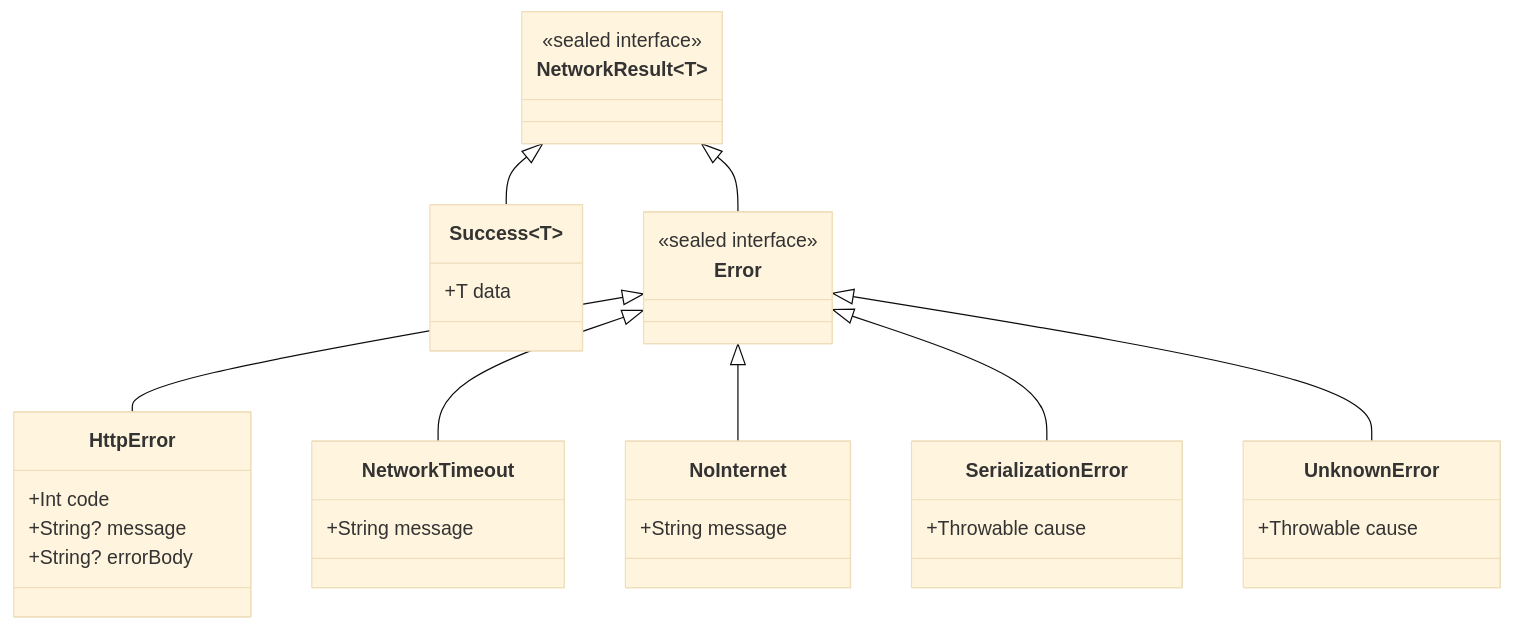
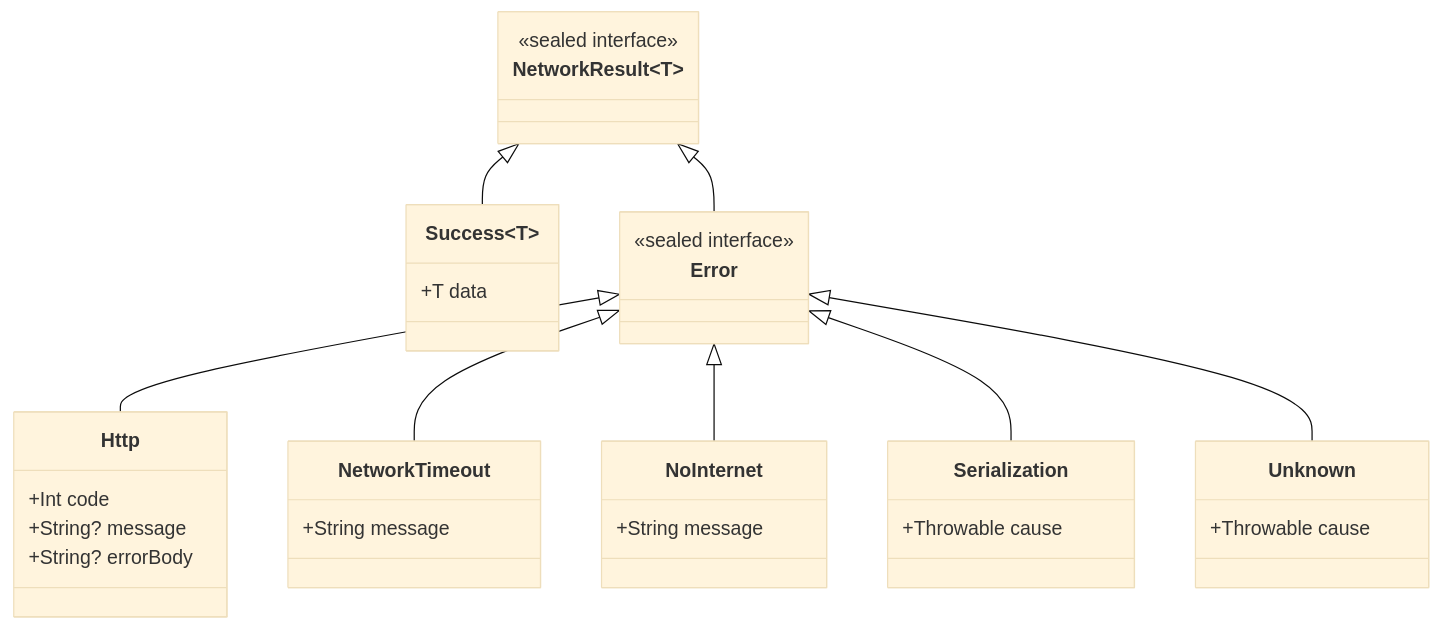
The second of 8 diagrams in knowledge/android/docs/session_05/networking.md (h1eu/knowledge), drawn with Mermaid (base theme) before and after one commit. The commit also changed other lines of this file and 10 other files, not shown here.

````diff
--- a/knowledge/android/docs/session_05/networking.md
+++ b/knowledge/android/docs/session_05/networking.md
@@ -153,37 +181,37 @@
 ```mermaid
 classDiagram
     class NetworkResult~T~ {
         <<sealed interface>>
     }
     class Success~T~ {
         +T data
     }
     class Error {
         <<sealed interface>>
     }
-    class HttpError {
+    class Http {
         +Int code
         +String? message
         +String? errorBody
     }
     class NetworkTimeout {
         +String message
     }
     class NoInternet {
         +String message
     }
-    class SerializationError {
+    class Serialization {
         +Throwable cause
     }
-    class UnknownError {
+    class Unknown {
         +Throwable cause
     }
 
     NetworkResult <|-- Success
     NetworkResult <|-- Error
-    Error <|-- HttpError
+    Error <|-- Http
     Error <|-- NetworkTimeout
     Error <|-- NoInternet
-    Error <|-- SerializationError
-    Error <|-- UnknownError
+    Error <|-- Serialization
+    Error <|-- Unknown
 ```
````
